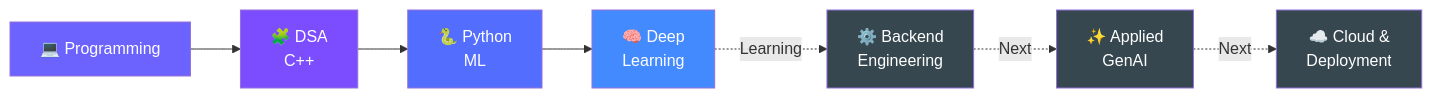
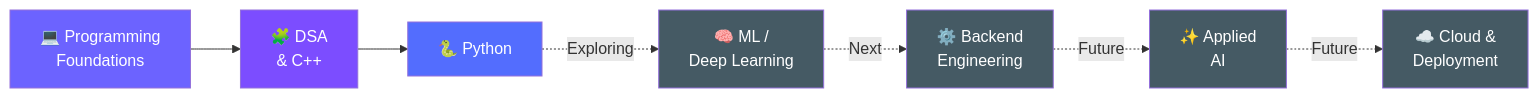
Before and after one commit to DikshaSirohi/DikshaSirohi: the diagram in README.md, drawn with Mermaid. The commit also changed other lines of this file, not shown here.

````diff
--- a/README.md
+++ b/README.md
@@ -81,17 +78,17 @@
 ```mermaid
 flowchart LR
-    A["💻 Programming"] --> B["🧩 DSA<br/>C++"]
-    B --> C["🐍 Python<br/>ML"]
-    C --> D["🧠 Deep<br/>Learning"]
-    D -. Learning .-> E["⚙️ Backend<br/>Engineering"]
-    E -. Next .-> F["✨ Applied<br/>GenAI"]
-    F -. Next .-> G["☁️ Cloud &<br/>Deployment"]
+    A["💻 Programming<br/>Foundations"] --> B["🧩 DSA<br/>& C++"]
+    B --> C["🐍 Python"]
+    C -. Exploring .-> D["🧠 ML /<br/>Deep Learning"]
+    D -. Next .-> E["⚙️ Backend<br/>Engineering"]
+    E -. Future .-> F["✨ Applied<br/>AI"]
+    F -. Future .-> G["☁️ Cloud &<br/>Deployment"]
 
     style A fill:#6C63FF,color:#fff
     style B fill:#7C4DFF,color:#fff
     style C fill:#536DFE,color:#fff
-    style D fill:#448AFF,color:#fff
-    style E fill:#37474F,color:#fff
-    style F fill:#37474F,color:#fff
-    style G fill:#37474F,color:#fff
+    style D fill:#455A64,color:#fff
+    style E fill:#455A64,color:#fff
+    style F fill:#455A64,color:#fff
+    style G fill:#455A64,color:#fff
 ```
````
